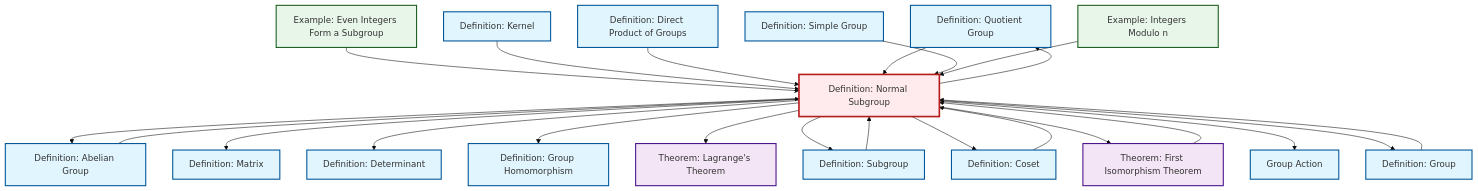
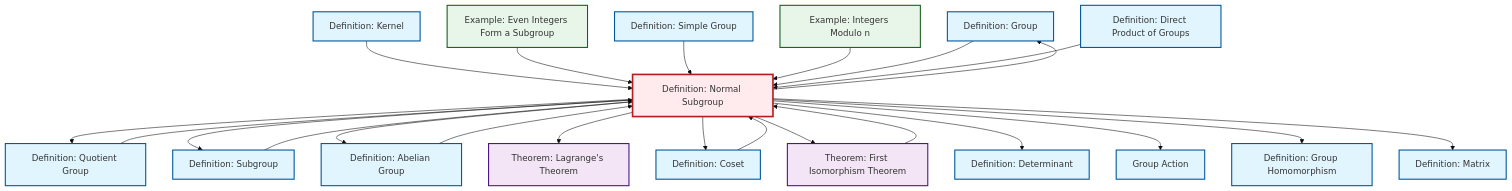
One commit to RK0429/ModernMath changed the diagram in content/en/algebra/def-normal-subgroup.qmd. Above: the diagram before and after it, drawn with Mermaid (base theme). The commit also changed other lines of this file and 18 other files, not shown here.

````diff
--- a/content/en/algebra/def-normal-subgroup.qmd
+++ b/content/en/algebra/def-normal-subgroup.qmd
@@ -95,65 +95,65 @@
 ```{mermaid}
 %%| fig-cap: "Local dependency graph"
 graph TD
     classDef definition fill:#e1f5fe,stroke:#01579b,stroke-width:2px
     classDef theorem fill:#f3e5f5,stroke:#4a148c,stroke-width:2px
     classDef axiom fill:#fff3e0,stroke:#e65100,stroke-width:2px
     classDef example fill:#e8f5e9,stroke:#1b5e20,stroke-width:2px
     classDef current fill:#ffebee,stroke:#b71c1c,stroke-width:3px
+    def-homomorphism["Definition: Group Homomorphism"]:::definition
+    def-group["Definition: Group"]:::definition
+    ex-quotient-integers-mod-n["Example: Integers Modulo n"]:::example
+    def-coset["Definition: Coset"]:::definition
+    thm-first-isomorphism["Theorem: First Isomorphism Theorem"]:::theorem
+    thm-lagrange["Theorem: Lagrange's Theorem"]:::theorem
     def-quotient-group["Definition: Quotient Group"]:::definition
+    def-subgroup["Definition: Subgroup"]:::definition
+    def-simple-group["Definition: Simple Group"]:::definition
+    def-matrix["Definition: Matrix"]:::definition
+    def-determinant["Definition: Determinant"]:::definition
     def-direct-product["Definition: Direct Product of Groups"]:::definition
+    ex-even-integers-subgroup["Example: Even Integers Form a Subgroup"]:::example
+    def-abelian-group["Definition: Abelian Group"]:::definition
     def-kernel["Definition: Kernel"]:::definition
     def-group-action["Group Action"]:::definition
-    ex-even-integers-subgroup["Example: Even Integers Form a Subgroup"]:::example
-    def-abelian-group["Definition: Abelian Group"]:::definition
-    def-subgroup["Definition: Subgroup"]:::definition
-    def-simple-group["Definition: Simple Group"]:::definition
-    ex-quotient-integers-mod-n["Example: Integers Modulo n"]:::example
-    def-group["Definition: Group"]:::definition
-    def-matrix["Definition: Matrix"]:::definition
     def-normal-subgroup["Definition: Normal Subgroup"]:::definition
-    def-homomorphism["Definition: Group Homomorphism"]:::definition
-    def-determinant["Definition: Determinant"]:::definition
-    def-coset["Definition: Coset"]:::definition
-    thm-lagrange["Theorem: Lagrange's Theorem"]:::theorem
-    thm-first-isomorphism["Theorem: First Isomorphism Theorem"]:::theorem
-    def-coset --> def-normal-subgroup
-    def-normal-subgroup --> def-abelian-group
-    ex-even-integers-subgroup --> def-normal-subgroup
-    def-normal-subgroup --> def-matrix
-    def-normal-subgroup --> def-determinant
-    def-group --> def-normal-subgroup
-    def-normal-subgroup --> def-homomorphism
-    def-normal-subgroup --> thm-lagrange
-    def-normal-subgroup --> def-subgroup
-    def-subgroup --> def-normal-subgroup
-    def-normal-subgroup --> def-coset
+    def-abelian-group --> def-normal-subgroup
     thm-first-isomorphism --> def-normal-subgroup
     def-kernel --> def-normal-subgroup
-    def-normal-subgroup --> thm-first-isomorphism
-    def-direct-product --> def-normal-subgroup
-    def-normal-subgroup --> def-group-action
+    ex-even-integers-subgroup --> def-normal-subgroup
     def-quotient-group --> def-normal-subgroup
+    def-normal-subgroup --> def-group
+    def-subgroup --> def-normal-subgroup
+    def-normal-subgroup --> def-quotient-group
+    def-normal-subgroup --> def-subgroup
+    def-normal-subgroup --> def-abelian-group
+    def-normal-subgroup --> thm-lagrange
     def-simple-group --> def-normal-subgroup
     ex-quotient-integers-mod-n --> def-normal-subgroup
-    def-abelian-group --> def-normal-subgroup
-    def-normal-subgroup --> def-quotient-group
-    def-normal-subgroup --> def-group
+    def-group --> def-normal-subgroup
+    def-coset --> def-normal-subgroup
+    def-normal-subgroup --> def-coset
+    def-direct-product --> def-normal-subgroup
+    def-normal-subgroup --> thm-first-isomorphism
+    def-normal-subgroup --> def-determinant
+    def-normal-subgroup --> def-group-action
+    def-normal-subgroup --> def-homomorphism
+    def-normal-subgroup --> def-matrix
     class def-normal-subgroup current
+    click def-homomorphism "def-homomorphism.html" "Go to Group Homomorphism definition"
+    click def-group "def-group.html" "Go to Group definition"
+    click ex-quotient-integers-mod-n "ex-quotient-integers-mod-n.html" "Go to Integers Modulo n example"
+    click def-coset "def-coset.html" "Go to Coset definition"
+    click thm-first-isomorphism "thm-first-isomorphism.html" "Go to First Isomorphism Theorem theorem"
+    click thm-lagrange "thm-lagrange.html" "Go to Lagrange's Theorem theorem"
     click def-quotient-group "def-quotient-group.html" "Go to Quotient Group definition"
+    click def-subgroup "def-subgroup.html" "Go to Subgroup definition"
+    click def-simple-group "def-simple-group.html" "Go to Simple Group definition"
+    click def-matrix "def-matrix.html" "Go to Matrix definition"
+    click def-determinant "def-determinant.html" "Go to Determinant definition"
     click def-direct-product "def-direct-product.html" "Go to Direct Product of Groups definition"
+    click ex-even-integers-subgroup "ex-even-integers-subgroup.html" "Go to Even Integers Form a Subgroup example"
+    click def-abelian-group "def-abelian-group.html" "Go to Abelian Group definition"
     click def-kernel "def-kernel.html" "Go to Kernel definition"
     click def-group-action "def-group-action.html" "Go to Group Action"
-    click ex-even-integers-subgroup "ex-even-integers-subgroup.html" "Go to Even Integers Form a Subgroup example"
-    click def-abelian-group "def-abelian-group.html" "Go to Abelian Group definition"
-    click def-subgroup "def-subgroup.html" "Go to Subgroup definition"
-    click def-simple-group "def-simple-group.html" "Go to Simple Group definition"
-    click ex-quotient-integers-mod-n "ex-quotient-integers-mod-n.html" "Go to Integers Modulo n example"
-    click def-group "def-group.html" "Go to Group definition"
-    click def-matrix "def-matrix.html" "Go to Matrix definition"
-    click def-homomorphism "def-homomorphism.html" "Go to Group Homomorphism definition"
-    click def-determinant "def-determinant.html" "Go to Determinant definition"
-    click def-coset "def-coset.html" "Go to Coset definition"
-    click thm-lagrange "thm-lagrange.html" "Go to Lagrange's Theorem theorem"
-    click thm-first-isomorphism "thm-first-isomorphism.html" "Go to First Isomorphism Theorem theorem"
 ```
````
